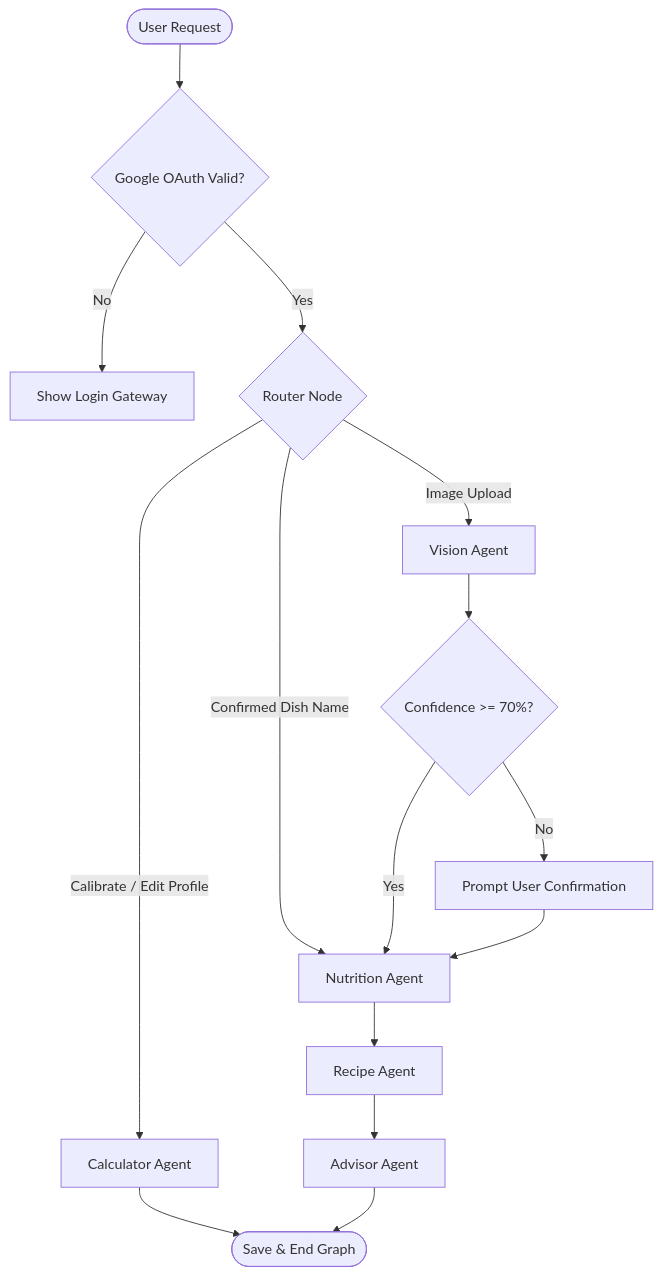
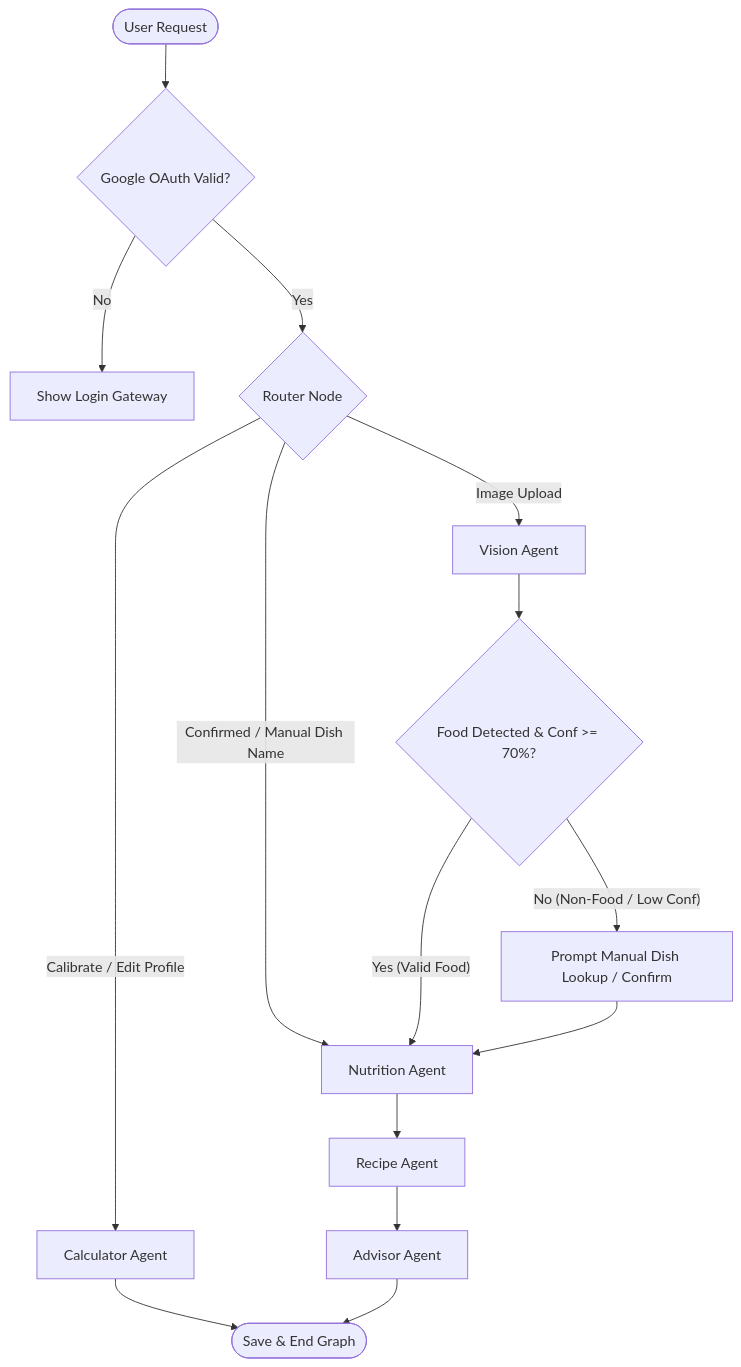
The diagram in README.md (nvangaveti/DietFit), drawn with Mermaid before and after one commit. The commit also changed other lines of this file and 6 other files, not shown here.

Commit message:
feat(vision): add non-food detection safeguard and manual lookup fallback

````diff
--- a/README.md
+++ b/README.md
@@ -24,21 +24,21 @@
 ```mermaid
 flowchart TD
     Start([User Request]) --> AuthGate{Google OAuth Valid?}
     AuthGate -- "No" --> Login[Show Login Gateway]
     AuthGate -- "Yes" --> Route{Router Node}
     
     Route -- "Calibrate / Edit Profile" --> Calc[Calculator Agent]
     Route -- "Image Upload" --> Vision[Vision Agent]
-    Route -- "Confirmed Dish Name" --> Nutrition[Nutrition Agent]
+    Route -- "Confirmed / Manual Dish Name" --> Nutrition[Nutrition Agent]
     
     Calc --> END([Save & End Graph])
     
-    Vision --> ConfCheck{Confidence >= 70%?}
-    ConfCheck -- "Yes" --> Nutrition
-    ConfCheck -- "No" --> UserConfirm[Prompt User Confirmation]
-    UserConfirm --> Nutrition
+    Vision --> FoodCheck{Food Detected & Conf >= 70%?}
+    FoodCheck -- "Yes (Valid Food)" --> Nutrition
+    FoodCheck -- "No (Non-Food / Low Conf)" --> UserFallback[Prompt Manual Dish Lookup / Confirm]
+    UserFallback --> Nutrition
     
     Nutrition --> Recipe[Recipe Agent]
     Recipe --> Advisor[Advisor Agent]
     Advisor --> END
 ```
````
